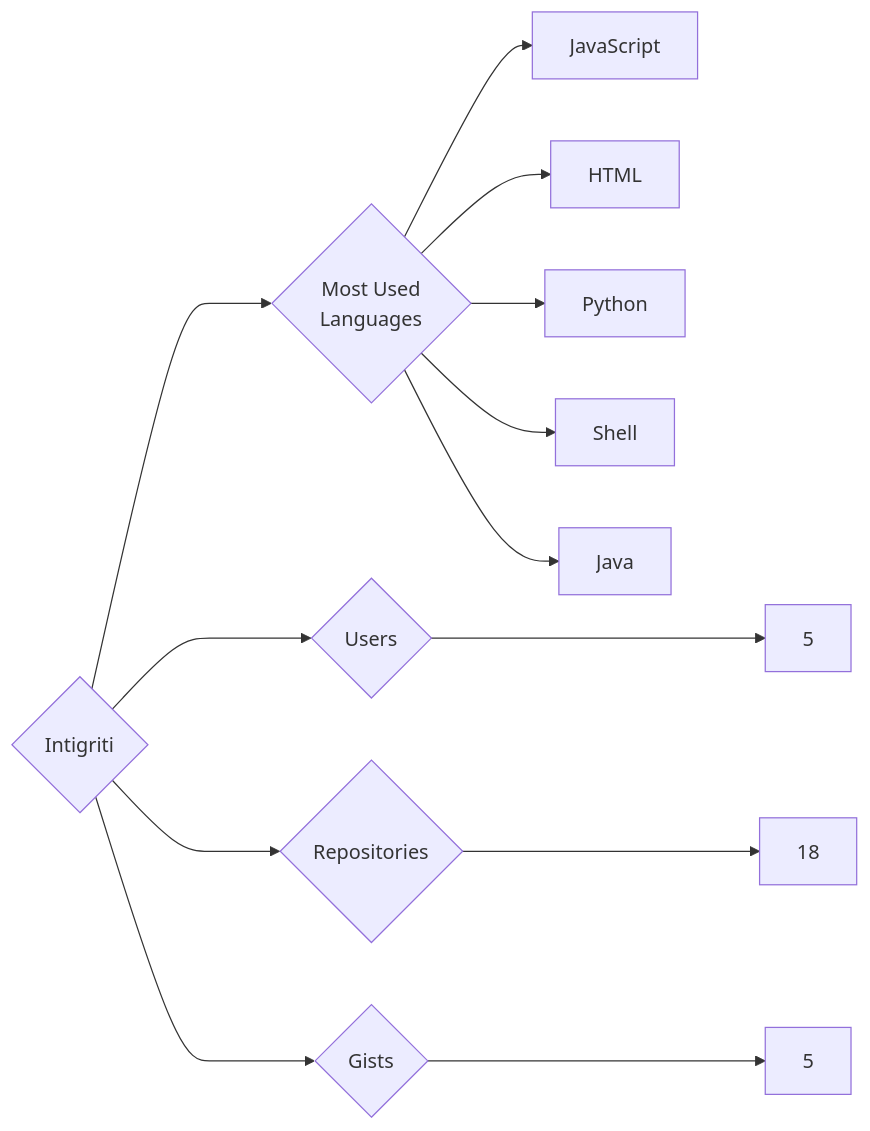
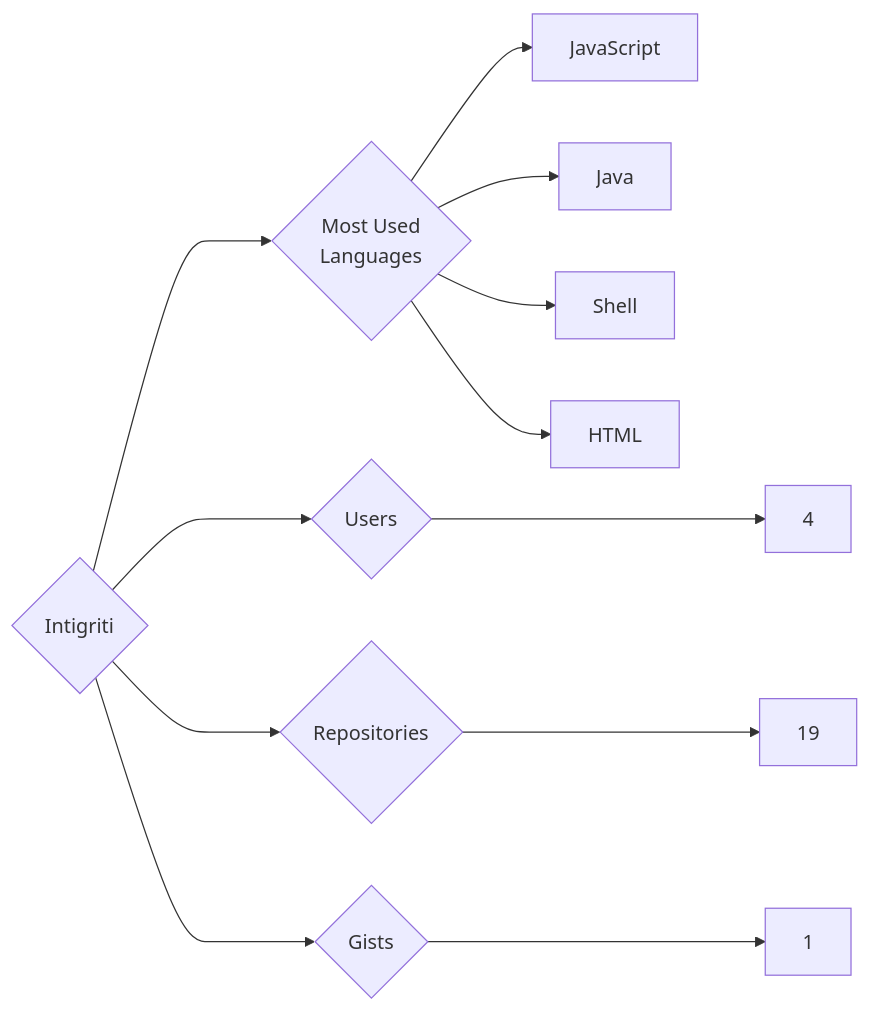
Before and after one commit to trickest/insiders: the diagram in targets/Intigriti/README.md, drawn with Mermaid. The commit also changed 823 other files, not shown here.

````diff
--- a/targets/Intigriti/README.md
+++ b/targets/Intigriti/README.md
@@ -3,13 +3,12 @@
 ```mermaid
 graph LR
 COMPANY_NAME{Intigriti}
-COMPANY_NAME ---> U{Users} ---> UN[5]
-COMPANY_NAME ---> R{Repositories} ---> RN[18]
-COMPANY_NAME ---> G{Gists} ---> GN[5]
+COMPANY_NAME ---> U{Users} ---> UN[4]
+COMPANY_NAME ---> R{Repositories} ---> RN[19]
+COMPANY_NAME ---> G{Gists} ---> GN[1]
 COMPANY_NAME ---> ML{Most Used<br>Languages}
 ML --> JavaScript[JavaScript]
+ML --> Java[Java]
+ML --> Shell[Shell]
 ML --> HTML[HTML]
-ML --> Python[Python]
-ML --> Shell[Shell]
-ML --> Java[Java]
 ```
````
